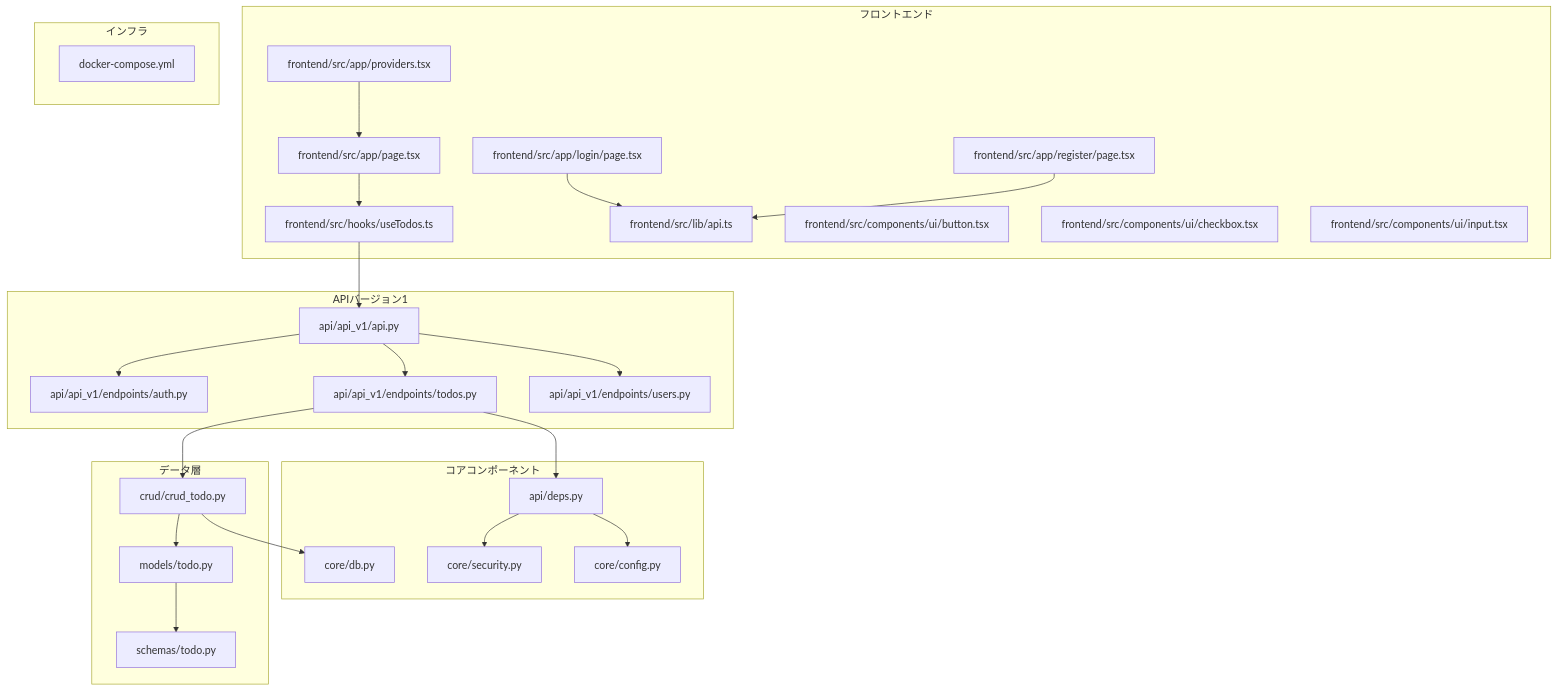
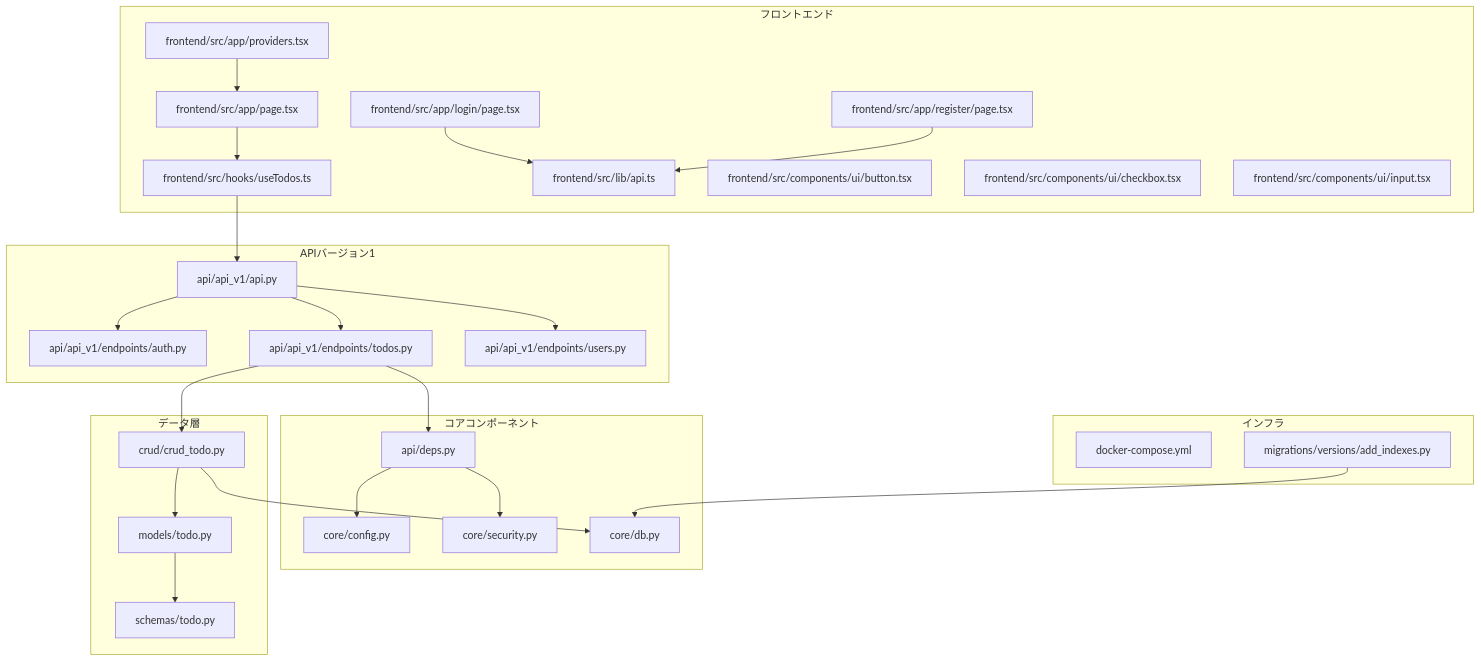
The first of 7 diagrams in .qoder/repowiki/ja/content/APIリファレンス/TODO管理API.md (ss8806/Todos), drawn with Mermaid before and after one commit. The commit also changed other lines of this file and 6 other files, not shown here.

````diff
--- a/.qoder/repowiki/ja/content/APIリファレンス/TODO管理API.md
+++ b/.qoder/repowiki/ja/content/APIリファレンス/TODO管理API.md
@@ -78,49 +84,51 @@
 ```mermaid
 graph TB
 subgraph "APIバージョン1"
 API["api/api_v1/api.py"]
 AUTH["api/api_v1/endpoints/auth.py"]
 TODOS["api/api_v1/endpoints/todos.py"]
 USERS["api/api_v1/endpoints/users.py"]
 end
 subgraph "コアコンポーネント"
 CFG["core/config.py"]
 SEC["core/security.py"]
 DB["core/db.py"]
 DEPS["api/deps.py"]
 end
 subgraph "データ層"
 MODEL["models/todo.py"]
 SCHEMA["schemas/todo.py"]
 CRUD["crud/crud_todo.py"]
 end
 subgraph "フロントエンド"
 FE["frontend/src/hooks/useTodos.ts"]
 PAGE["frontend/src/app/page.tsx"]
 LOGIN["frontend/src/app/login/page.tsx"]
 REGISTER["frontend/src/app/register/page.tsx"]
 PROVIDERS["frontend/src/app/providers.tsx"]
 LIB["frontend/src/lib/api.ts"]
 BUTTON["frontend/src/components/ui/button.tsx"]
 CHECKBOX["frontend/src/components/ui/checkbox.tsx"]
 INPUT["frontend/src/components/ui/input.tsx"]
 end
 subgraph "インフラ"
 DC["docker-compose.yml"]
+MIG["migrations/versions/add_indexes.py"]
 end
 FE --> API
 PAGE --> FE
 LOGIN --> LIB
 REGISTER --> LIB
 PROVIDERS --> PAGE
 API --> AUTH
 API --> TODOS
 API --> USERS
 TODOS --> CRUD
 CRUD --> MODEL
 CRUD --> DB
 MODEL --> SCHEMA
 TODOS --> DEPS
 DEPS --> SEC
 DEPS --> CFG
+MIG --> DB
 ```
````
